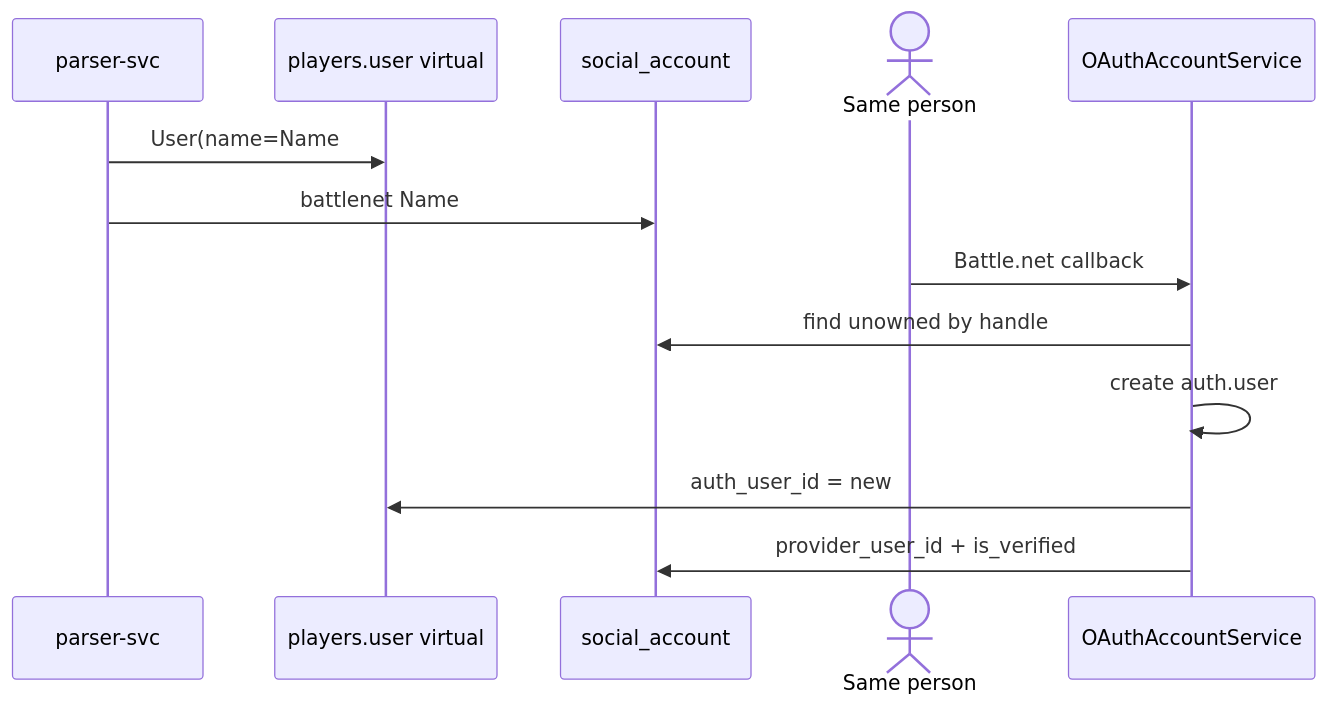
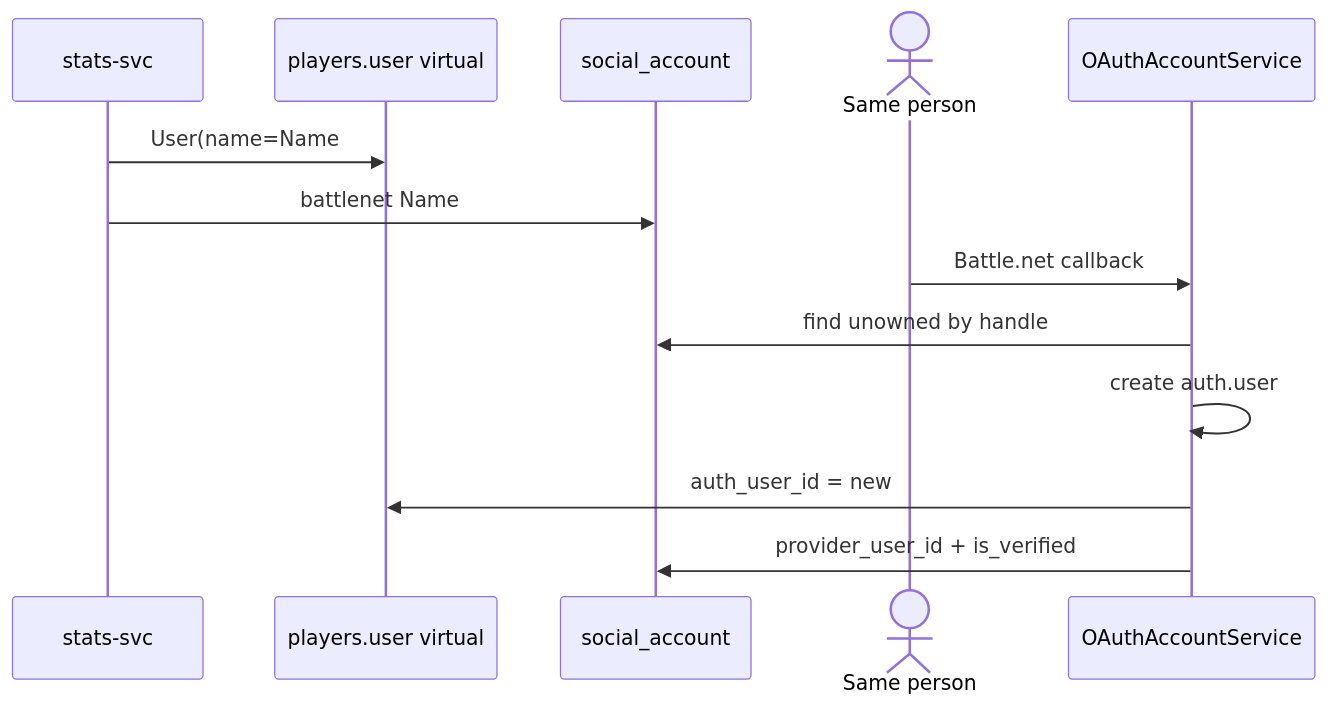
One commit to CraazzzyyFoxx/anak-tournaments changed the fifth of 6 diagrams in docs/users-identity.md. Above: the diagram before and after it, drawn with Mermaid. The commit also changed other lines of this file and 432 other files, not shown here.

First line of the commit message:
refactor(stats): parser-service becomes stats-service with rpc and worker processes

````diff
--- a/docs/users-identity.md
+++ b/docs/users-identity.md
@@ -593,16 +593,16 @@
 ```mermaid
 sequenceDiagram
-  participant Parser as parser-svc
+  participant Parser as stats-svc
   participant PU as players.user virtual
   participant SA as social_account
   actor H as Same person
   participant OAuth as OAuthAccountService
 
   Parser->>PU: User(name=Name#1234)
   Parser->>SA: battlenet Name#1234 unverified
   H->>OAuth: Battle.net callback
   OAuth->>SA: find unowned by handle
   OAuth->>OAuth: create auth.user
   OAuth->>PU: auth_user_id = new
   OAuth->>SA: provider_user_id + is_verified
 ```
````
